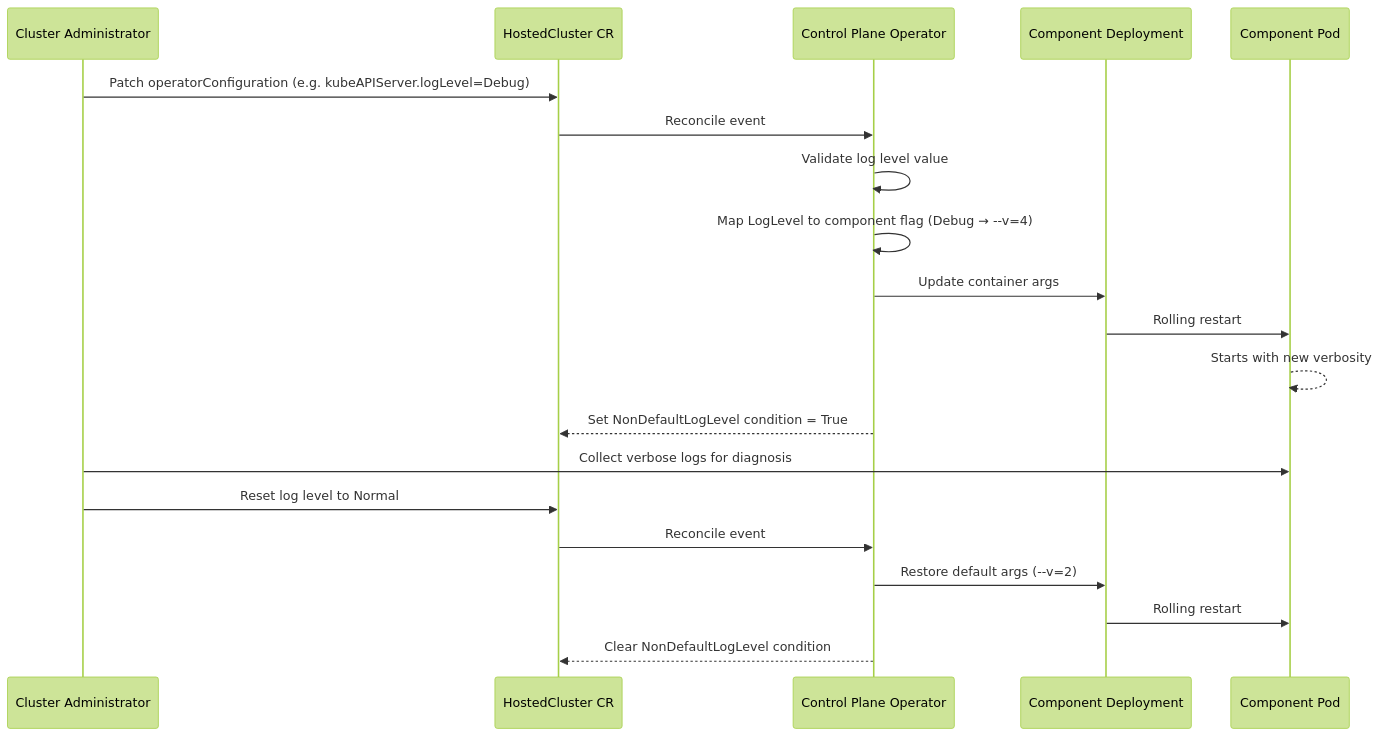
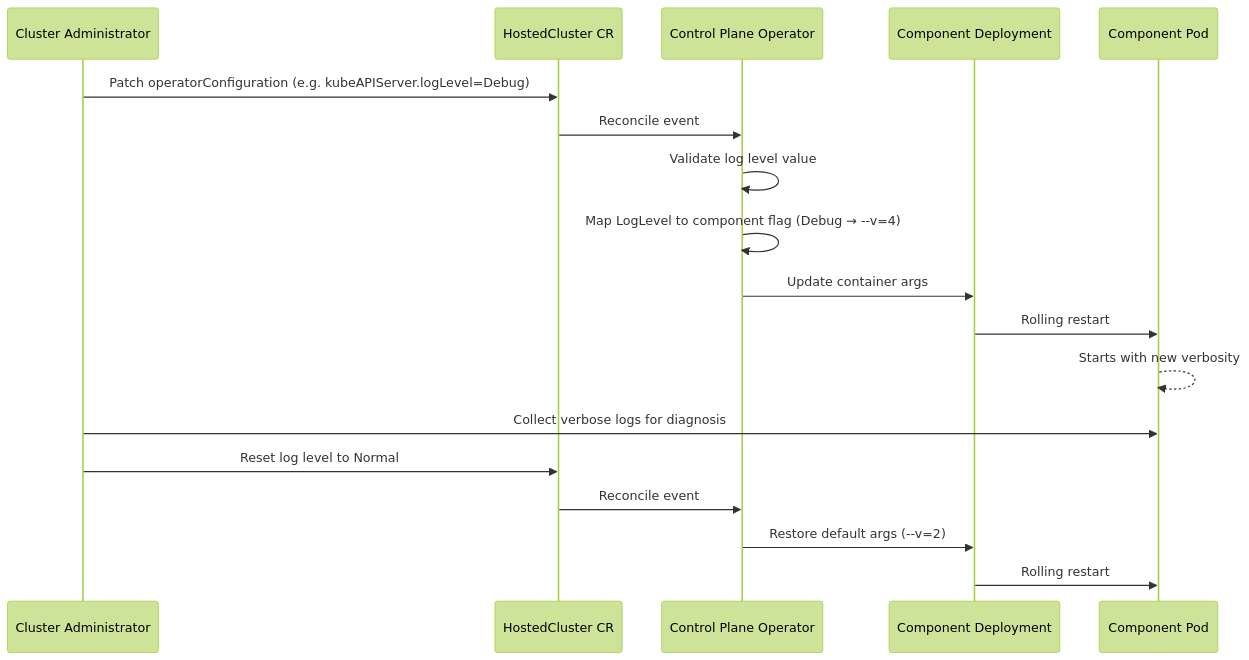
Before and after one commit to openshift/enhancements: the second of 2 diagrams in enhancements/hypershift/configurable-log-levels-for-hosted-control-plane-components.md, drawn with Mermaid (forest theme). The commit also changed other lines of this file, not shown here.

First line of the commit message:
enhancements: Revise EP for HCP log level config

````diff
--- a/enhancements/hypershift/configurable-log-levels-for-hosted-control-plane-components.md
+++ b/enhancements/hypershift/configurable-log-levels-for-hosted-control-plane-components.md
@@ -239,23 +211,21 @@
 ```mermaid
 sequenceDiagram
     participant Admin as Cluster Administrator
     participant HC as HostedCluster CR
     participant CPO as Control Plane Operator
     participant Deploy as Component Deployment
     participant Pod as Component Pod
 
     Admin->>HC: Patch operatorConfiguration (e.g. kubeAPIServer.logLevel=Debug)
     HC->>CPO: Reconcile event
     CPO->>CPO: Validate log level value
     CPO->>CPO: Map LogLevel to component flag (Debug → --v=4)
     CPO->>Deploy: Update container args
     Deploy->>Pod: Rolling restart
     Pod-->>Pod: Starts with new verbosity
-    CPO-->>HC: Set NonDefaultLogLevel condition = True
     Admin->>Pod: Collect verbose logs for diagnosis
     Admin->>HC: Reset log level to Normal
     HC->>CPO: Reconcile event
     CPO->>Deploy: Restore default args (--v=2)
     Deploy->>Pod: Rolling restart
-    CPO-->>HC: Clear NonDefaultLogLevel condition
 ```
````
